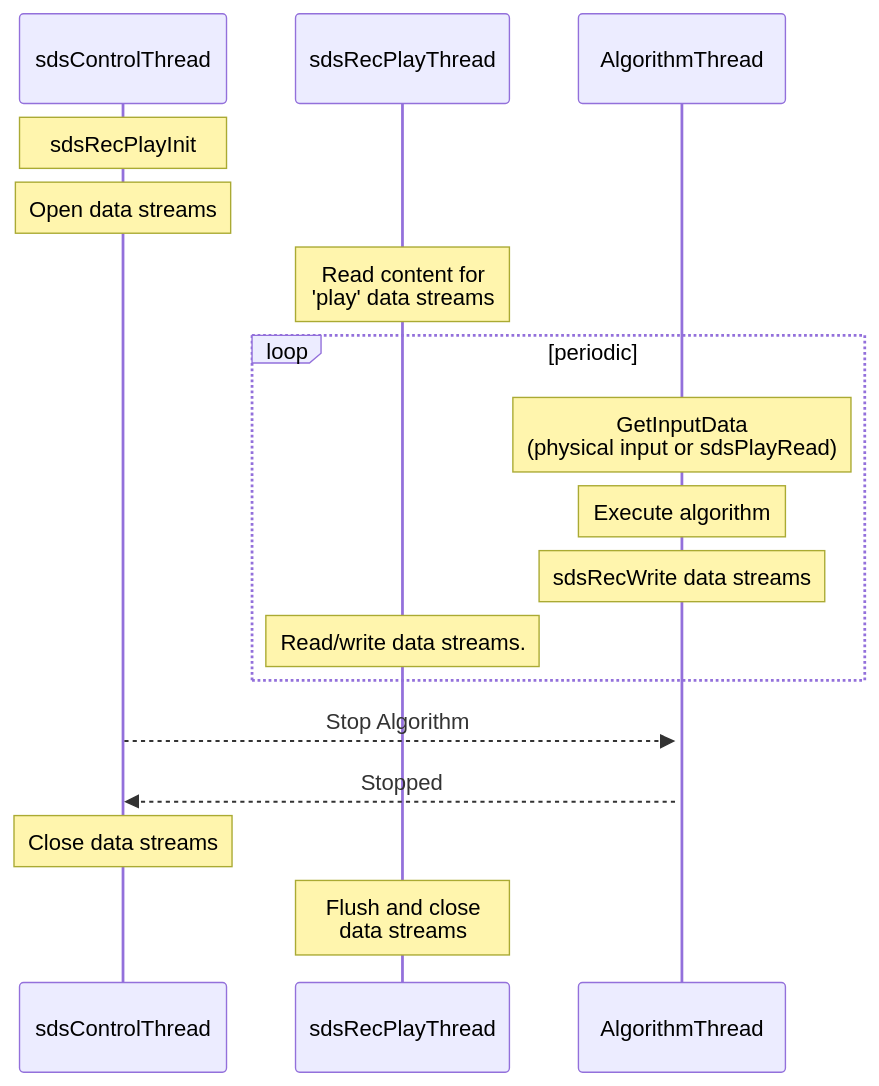
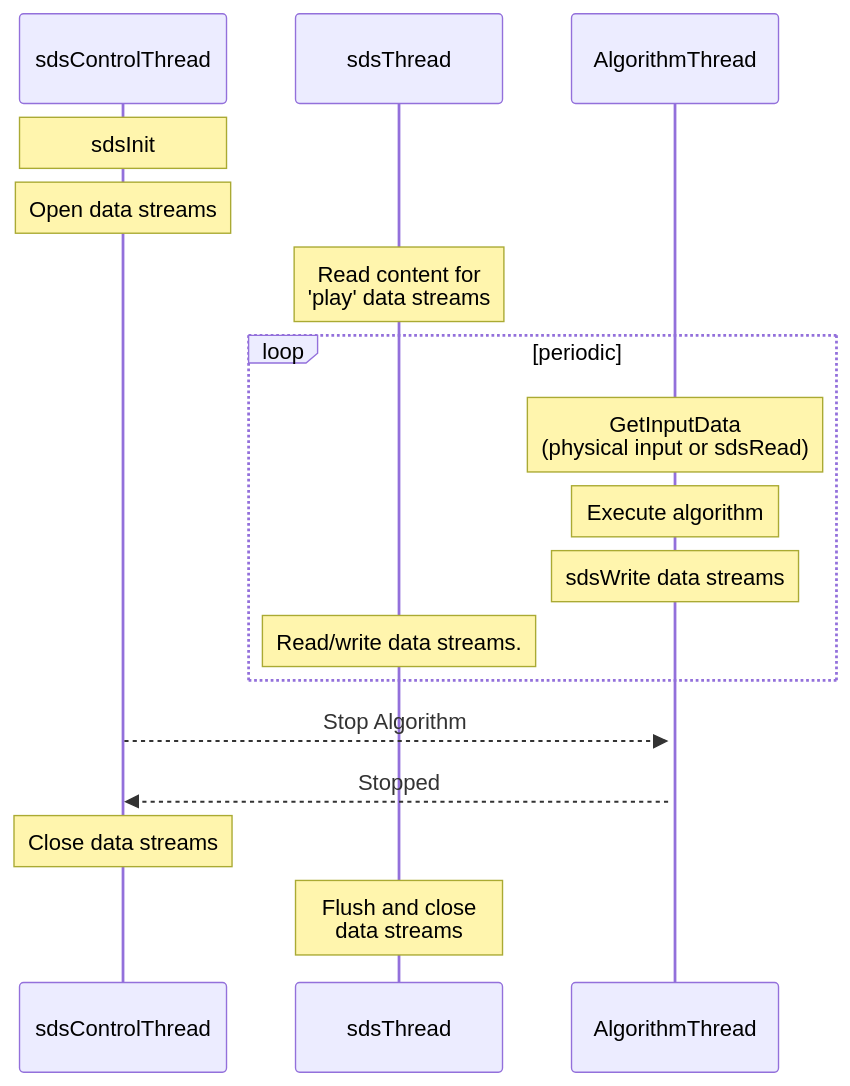
The first of 5 diagrams in documentation/theory.md (ARM-software/SDS-Framework), drawn with Mermaid before and after one commit. The commit also changed other lines of this file and 154 other files, not shown here.

````diff
--- a/documentation/theory.md
+++ b/documentation/theory.md
@@ -24,21 +24,21 @@
 ```mermaid
 sequenceDiagram
     participant sdsControlThread
-    participant sdsRecPlayThread
+    participant sdsThread
     participant AlgorithmThread
-    Note over sdsControlThread: sdsRecPlayInit
-    activate sdsRecPlayThread
+    Note over sdsControlThread: sdsInit
+    activate sdsThread
     Note over sdsControlThread: Open data streams
-    Note over sdsRecPlayThread: Read content for<br/>'play' data streams
+    Note over sdsThread: Read content for<br/>'play' data streams
     activate AlgorithmThread
     loop periodic
-        Note over AlgorithmThread: GetInputData<br/>(physical input or sdsPlayRead)
+        Note over AlgorithmThread: GetInputData<br/>(physical input or sdsRead)
         Note over AlgorithmThread: Execute algorithm
-        Note over AlgorithmThread: sdsRecWrite data streams
-        Note over sdsRecPlayThread: Read/write data streams.
+        Note over AlgorithmThread: sdsWrite data streams
+        Note over sdsThread: Read/write data streams.
     end
     sdsControlThread-->>AlgorithmThread: Stop Algorithm
     AlgorithmThread-->>sdsControlThread: Stopped
     Note over sdsControlThread: Close data streams
-    Note over sdsRecPlayThread: Flush and close<br/> data streams
+    Note over sdsThread: Flush and close<br/> data streams
 ```
````
